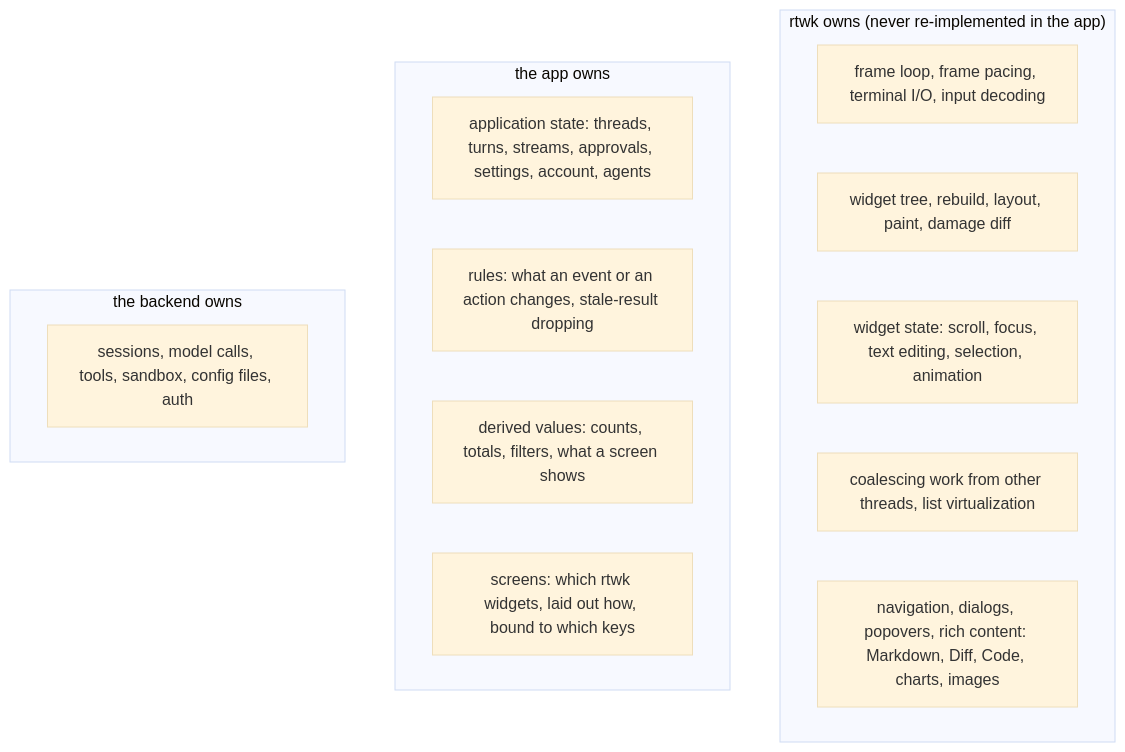
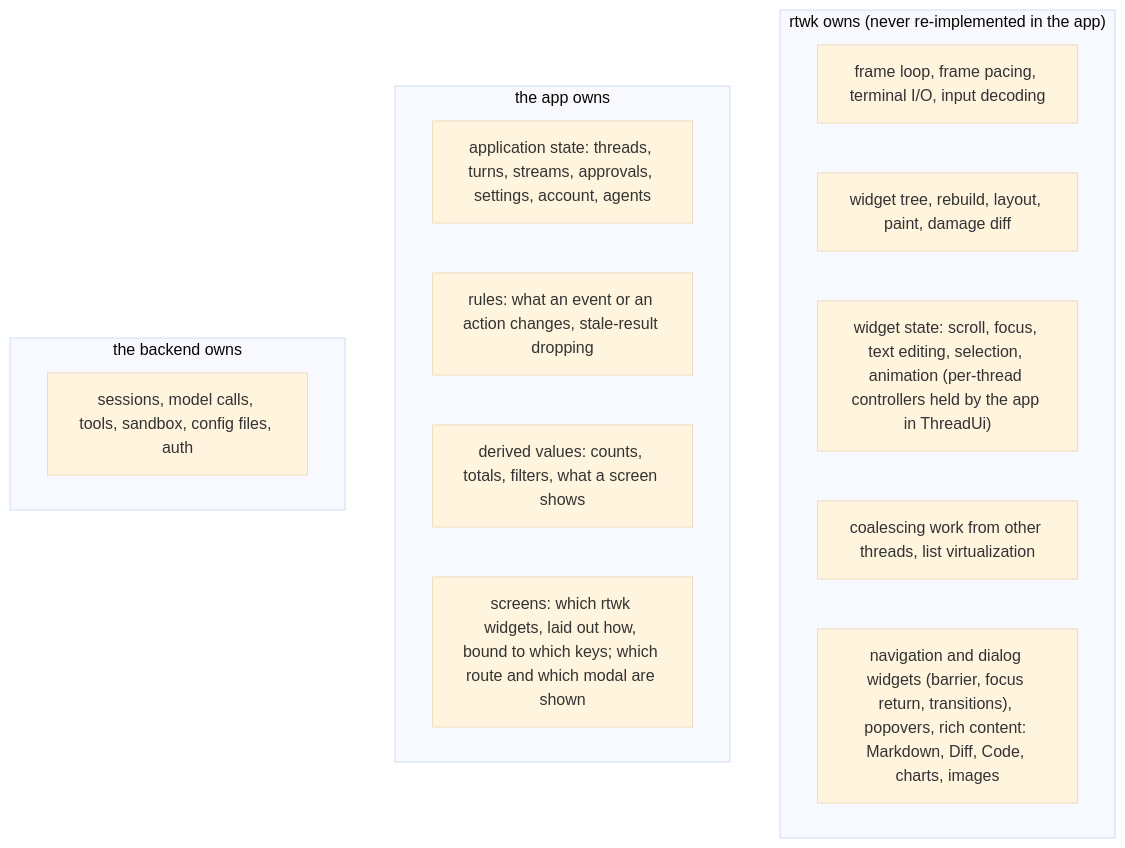
Before and after one commit to Maryarty/CodexCLI: the second of 11 diagrams in docs/rtwk-port/design.md, drawn with Mermaid (base theme). The commit also changed other lines of this file and 10 other files, not shown here.

First line of the commit message:
arch-review: independent Opus review of the architecture; findings fixed

````diff
--- a/docs/rtwk-port/design.md
+++ b/docs/rtwk-port/design.md
@@ -38,19 +41,19 @@
 ```mermaid
 flowchart TB
   subgraph R["rtwk owns (never re-implemented in the app)"]
     r1["frame loop, frame pacing, terminal I/O, input decoding"]
     r2["widget tree, rebuild, layout, paint, damage diff"]
-    r3["widget state: scroll, focus, text editing, selection, animation"]
+    r3["widget state: scroll, focus, text editing, selection, animation (per-thread controllers held by the app in ThreadUi)"]
     r4["coalescing work from other threads, list virtualization"]
-    r5["navigation, dialogs, popovers, rich content: Markdown, Diff, Code, charts, images"]
+    r5["navigation and dialog widgets (barrier, focus return, transitions), popovers, rich content: Markdown, Diff, Code, charts, images"]
   end
   subgraph A["the app owns"]
     a1["application state: threads, turns, streams, approvals, settings, account, agents"]
     a2["rules: what an event or an action changes, stale-result dropping"]
     a3["derived values: counts, totals, filters, what a screen shows"]
-    a4["screens: which rtwk widgets, laid out how, bound to which keys"]
+    a4["screens: which rtwk widgets, laid out how, bound to which keys; which route and which modal are shown"]
   end
   subgraph B["the backend owns"]
     b1["sessions, model calls, tools, sandbox, config files, auth"]
   end
 ```
````
